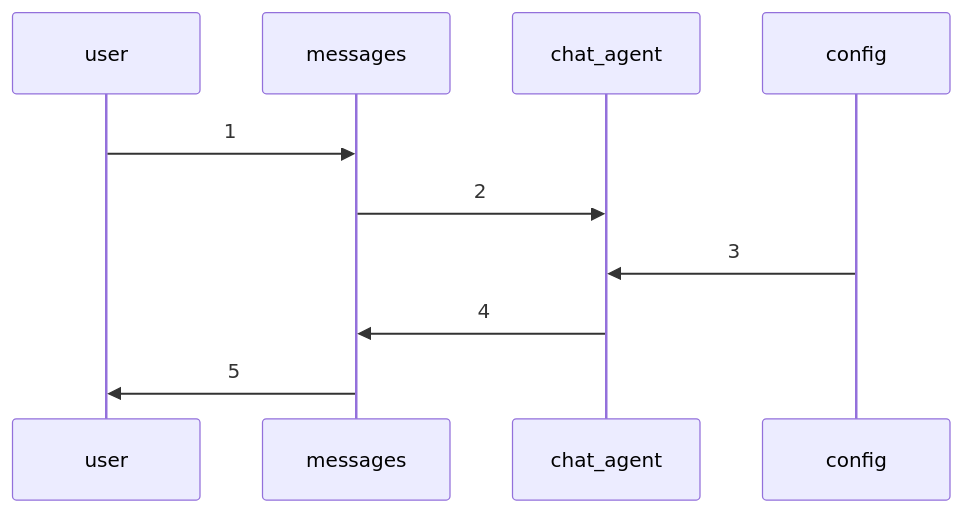
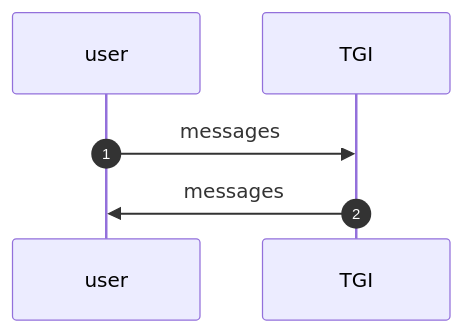
The first of 2 diagrams in phymes-book/src/phymes-agents/chat_agent.md (biom8er/phymes), drawn with Mermaid before and after one commit. The commit also changed other lines of this file and 107 other files, not shown here.

First line of the commit message:
feat: added mermaid.js visualizations to the UI and session builder (#95)

````diff
--- a/phymes-book/src/phymes-agents/chat_agent.md
+++ b/phymes-book/src/phymes-agents/chat_agent.md
@@ -22,8 +11,6 @@
 ```mermaid
 sequenceDiagram
-    user->>messages: 1
-    messages->>chat_agent: 2
-    config->>chat_agent: 3
-    chat_agent->>messages: 4
-    messages->>user: 5
+    autonumber
+    user ->> TGI: messages
+    TGI ->> user: messages
 ```
````
